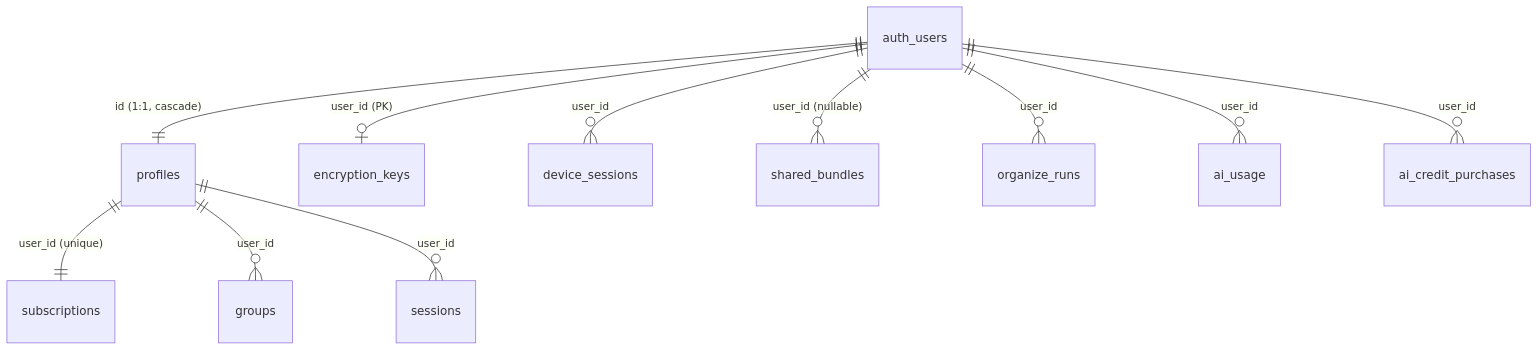
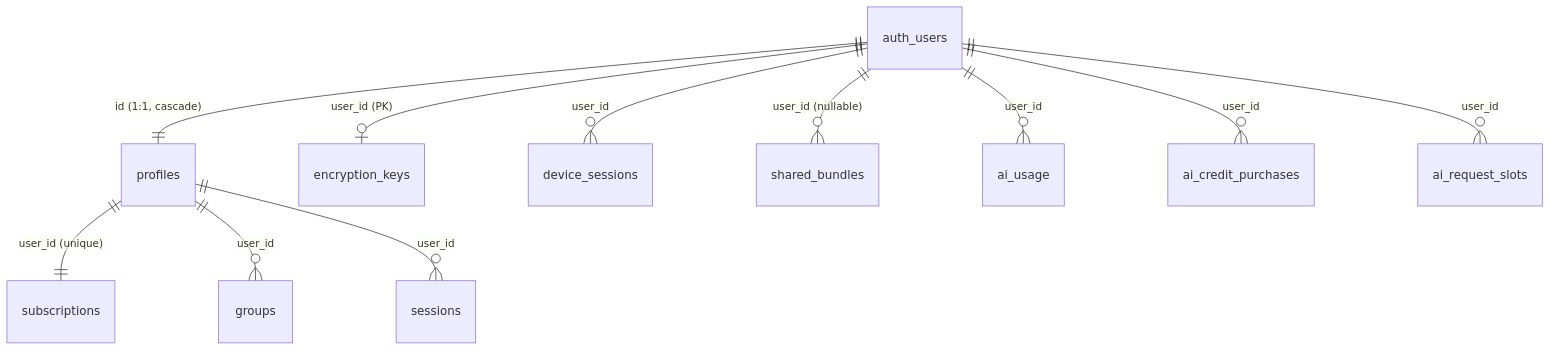
The diagram in docs/database-schema.md (lbragile/TabMerger), drawn with Mermaid before and after one commit. The commit also changed other lines of this file and 779 other files, not shown here.

````diff
--- a/docs/database-schema.md
+++ b/docs/database-schema.md
@@ -229,13 +294,13 @@
 ```mermaid
 erDiagram
     auth_users ||--|| profiles : "id (1:1, cascade)"
     profiles ||--|| subscriptions : "user_id (unique)"
     profiles ||--o{ groups : "user_id"
     profiles ||--o{ sessions : "user_id"
     auth_users ||--o| encryption_keys : "user_id (PK)"
     auth_users ||--o{ device_sessions : "user_id"
     auth_users ||--o{ shared_bundles : "user_id (nullable)"
-    auth_users ||--o{ organize_runs : "user_id"
     auth_users ||--o{ ai_usage : "user_id"
     auth_users ||--o{ ai_credit_purchases : "user_id"
+    auth_users ||--o{ ai_request_slots : "user_id"
 ```
````
